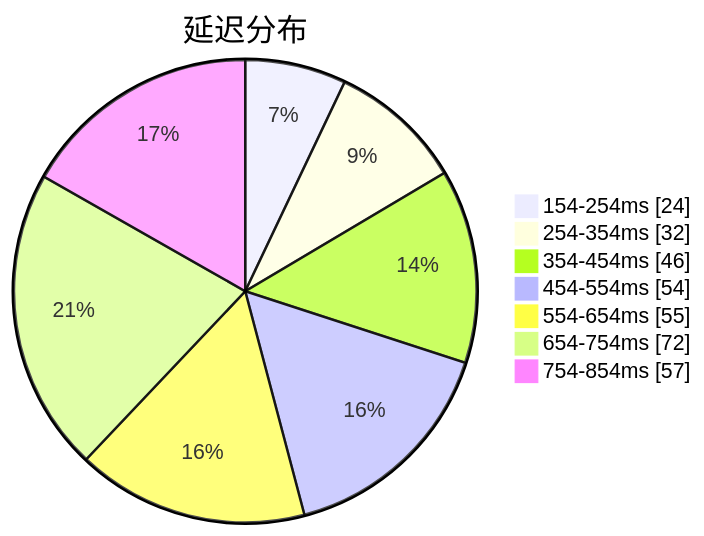
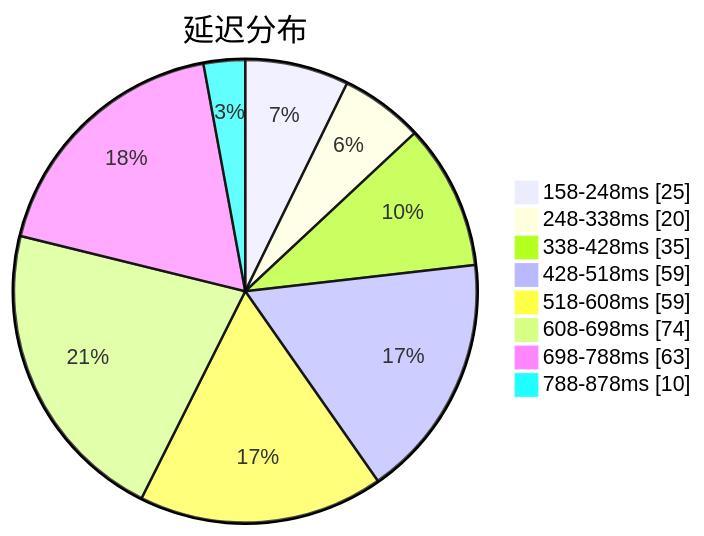
One commit to qjlxg/airport changed the first of 3 diagrams in subs/statistics/tested_within.md. Above: the diagram before and after it, drawn with Mermaid. The commit also changed other lines of this file and 2 other files, not shown here.

````diff
--- a/subs/statistics/tested_within.md
+++ b/subs/statistics/tested_within.md
@@ -2,11 +2,12 @@
 ```mermaid
 pie showData
 title 延迟分布
-"154-254ms" : 24
-"254-354ms" : 32
-"354-454ms" : 46
-"454-554ms" : 54
-"554-654ms" : 55
-"654-754ms" : 72
-"754-854ms" : 57
+"158-248ms" : 25
+"248-338ms" : 20
+"338-428ms" : 35
+"428-518ms" : 59
+"518-608ms" : 59
+"608-698ms" : 74
+"698-788ms" : 63
+"788-878ms" : 10
 ```
````
